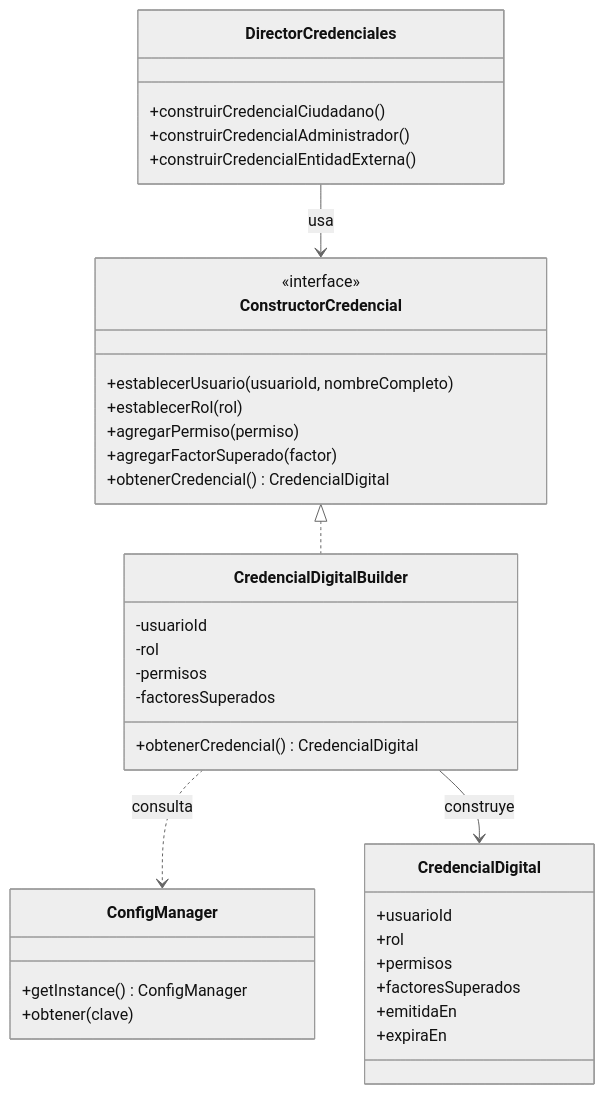
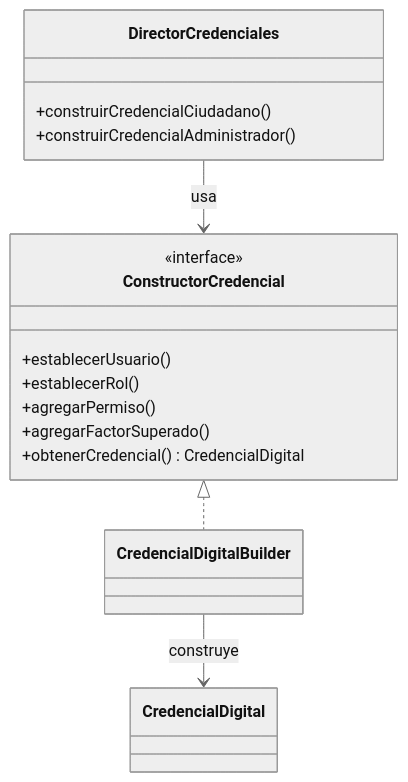
Before and after one commit to Jean0405/SistemaGestionDigital: the first of 10 diagrams in README.md, drawn with Mermaid (neutral theme). The commit also changed other lines of this file and 18 other files, not shown here.

````diff
--- a/README.md
+++ b/README.md
@@ -535,40 +142,21 @@
 ```mermaid
 classDiagram
     class ConstructorCredencial {
         <<interface>>
-        +establecerUsuario(usuarioId, nombreCompleto)
-        +establecerRol(rol)
-        +agregarPermiso(permiso)
-        +agregarFactorSuperado(factor)
+        +establecerUsuario()
+        +establecerRol()
+        +agregarPermiso()
+        +agregarFactorSuperado()
         +obtenerCredencial() CredencialDigital
     }
-    class CredencialDigitalBuilder {
-        -usuarioId
-        -rol
-        -permisos
-        -factoresSuperados
-        +obtenerCredencial() CredencialDigital
-    }
+    class CredencialDigitalBuilder
     class DirectorCredenciales {
         +construirCredencialCiudadano()
         +construirCredencialAdministrador()
-        +construirCredencialEntidadExterna()
     }
-    class CredencialDigital {
-        +usuarioId
-        +rol
-        +permisos
-        +factoresSuperados
-        +emitidaEn
-        +expiraEn
-    }
-    class ConfigManager {
-        +getInstance() ConfigManager
-        +obtener(clave)
-    }
+    class CredencialDigital
 
     ConstructorCredencial <|.. CredencialDigitalBuilder
     DirectorCredenciales --> ConstructorCredencial : usa
-    CredencialDigitalBuilder ..> ConfigManager : consulta
     CredencialDigitalBuilder --> CredencialDigital : construye
 ```
````
